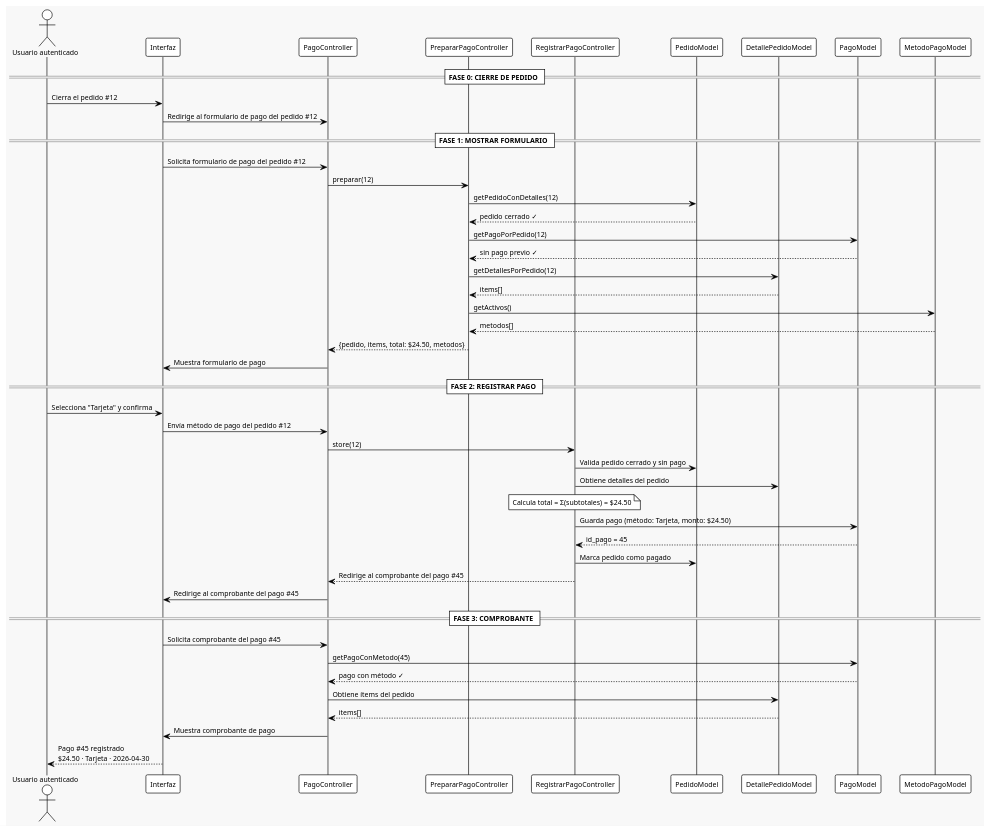
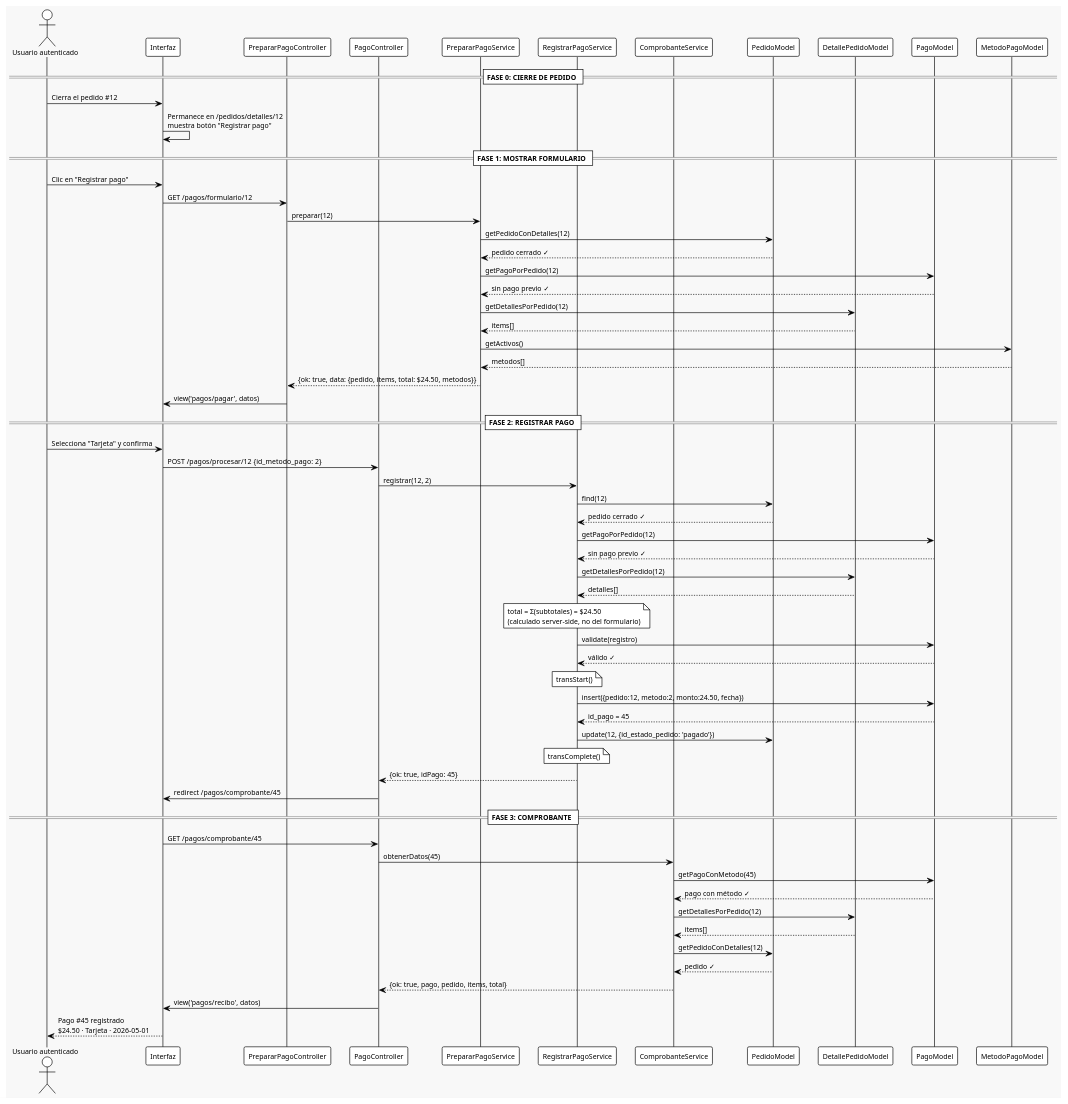
Before and after one commit to Leo-alegre9/gestion_pos: the diagram in docs/SEQUENCE_PAGO.puml, drawn with PlantUML. The commit also changed 15 other files, not shown here.

```diff
--- a/docs/SEQUENCE_PAGO.puml
+++ b/docs/SEQUENCE_PAGO.puml
@@ -1,63 +1,93 @@
 @startuml Flujo de Pago - BarPOS
 !theme plain
 skinparam BackgroundColor #f8f8f8
 skinparam DefaultFontSize 11
 skinparam SequenceMessageAlign left
 skinparam LifeLineBackgroundColor #e8f4f8
 
 actor "Usuario autenticado" as cajero
 participant "Interfaz" as browser
+participant "PrepararPagoController" as PrepCtrl
 participant "PagoController" as PagoCtrl
-participant "PrepararPagoController" as PrepCtrl
-participant "RegistrarPagoController" as RegCtrl
+participant "PrepararPagoService" as PrepSvc
+participant "RegistrarPagoService" as RegSvc
+participant "ComprobanteService" as CompSvc
 participant "PedidoModel" as PedidoM
 participant "DetallePedidoModel" as DetalleM
 participant "PagoModel" as PagoM
 participant "MetodoPagoModel" as MetodoM
 
 == FASE 0: CIERRE DE PEDIDO ==
 
 cajero -> browser: Cierra el pedido #12
-browser -> PagoCtrl: Redirige al formulario de pago del pedido #12
+browser -> browser: Permanece en /pedidos/detalles/12\nmuestra botón "Registrar pago"
 
 == FASE 1: MOSTRAR FORMULARIO ==
 
-browser -> PagoCtrl: Solicita formulario de pago del pedido #12
-PagoCtrl -> PrepCtrl: preparar(12)
-PrepCtrl -> PedidoM: getPedidoConDetalles(12)
-PedidoM --> PrepCtrl: pedido cerrado ✓
-PrepCtrl -> PagoM: getPagoPorPedido(12)
-PagoM --> PrepCtrl: sin pago previo ✓
-PrepCtrl -> DetalleM: getDetallesPorPedido(12)
-DetalleM --> PrepCtrl: items[]
-PrepCtrl -> MetodoM: getActivos()
-MetodoM --> PrepCtrl: metodos[]
-PrepCtrl --> PagoCtrl: {pedido, items, total: $24.50, metodos}
-PagoCtrl -> browser: Muestra formulario de pago
+cajero -> browser: Clic en "Registrar pago"
+browser -> PrepCtrl: GET /pagos/formulario/12
+PrepCtrl -> PrepSvc: preparar(12)
+
+PrepSvc -> PedidoM: getPedidoConDetalles(12)
+PedidoM --> PrepSvc: pedido cerrado ✓
+
+PrepSvc -> PagoM: getPagoPorPedido(12)
+PagoM --> PrepSvc: sin pago previo ✓
+
+PrepSvc -> DetalleM: getDetallesPorPedido(12)
+DetalleM --> PrepSvc: items[]
+
+PrepSvc -> MetodoM: getActivos()
+MetodoM --> PrepSvc: metodos[]
+
+PrepSvc --> PrepCtrl: {ok: true, data: {pedido, items, total: $24.50, metodos}}
+PrepCtrl -> browser: view('pagos/pagar', datos)
 
 == FASE 2: REGISTRAR PAGO ==
 
 cajero -> browser: Selecciona "Tarjeta" y confirma
-browser -> PagoCtrl: Envía método de pago del pedido #12
-PagoCtrl -> RegCtrl: store(12)
-RegCtrl -> PedidoM: Valida pedido cerrado y sin pago
-RegCtrl -> DetalleM: Obtiene detalles del pedido
-note over RegCtrl: Calcula total = Σ(subtotales) = $24.50
-RegCtrl -> PagoM: Guarda pago (método: Tarjeta, monto: $24.50)
-PagoM --> RegCtrl: id_pago = 45
-RegCtrl -> PedidoM: Marca pedido como pagado
-RegCtrl --> PagoCtrl: Redirige al comprobante del pago #45
-PagoCtrl -> browser: Redirige al comprobante del pago #45
+browser -> PagoCtrl: POST /pagos/procesar/12  {id_metodo_pago: 2}
+PagoCtrl -> RegSvc: registrar(12, 2)
+
+RegSvc -> PedidoM: find(12)
+PedidoM --> RegSvc: pedido cerrado ✓
+
+RegSvc -> PagoM: getPagoPorPedido(12)
+PagoM --> RegSvc: sin pago previo ✓
+
+RegSvc -> DetalleM: getDetallesPorPedido(12)
+DetalleM --> RegSvc: detalles[]
+note over RegSvc: total = Σ(subtotales) = $24.50\n(calculado server-side, no del formulario)
+
+RegSvc -> PagoM: validate(registro)
+PagoM --> RegSvc: válido ✓
+
+note over RegSvc: transStart()
+RegSvc -> PagoM: insert({pedido:12, metodo:2, monto:24.50, fecha})
+PagoM --> RegSvc: id_pago = 45
+RegSvc -> PedidoM: update(12, {id_estado_pedido: 'pagado'})
+note over RegSvc: transComplete()
+
+RegSvc --> PagoCtrl: {ok: true, idPago: 45}
+PagoCtrl -> browser: redirect /pagos/comprobante/45
 
 == FASE 3: COMPROBANTE ==
 
-browser -> PagoCtrl: Solicita comprobante del pago #45
-PagoCtrl -> PagoM: getPagoConMetodo(45)
-PagoM --> PagoCtrl: pago con método ✓
-PagoCtrl -> DetalleM: Obtiene ítems del pedido
-DetalleM --> PagoCtrl: items[]
-PagoCtrl -> browser: Muestra comprobante de pago
+browser -> PagoCtrl: GET /pagos/comprobante/45
+PagoCtrl -> CompSvc: obtenerDatos(45)
 
-browser --> cajero: Pago #45 registrado\n$24.50 · Tarjeta · 2026-04-30
+CompSvc -> PagoM: getPagoConMetodo(45)
+PagoM --> CompSvc: pago con método ✓
+
+CompSvc -> DetalleM: getDetallesPorPedido(12)
+DetalleM --> CompSvc: items[]
+
+CompSvc -> PedidoM: getPedidoConDetalles(12)
+PedidoM --> CompSvc: pedido ✓
+
+CompSvc --> PagoCtrl: {ok: true, pago, pedido, items, total}
+PagoCtrl -> browser: view('pagos/recibo', datos)
+
+browser --> cajero: Pago #45 registrado\n$24.50 · Tarjeta · 2026-05-01
 
 @enduml
```
